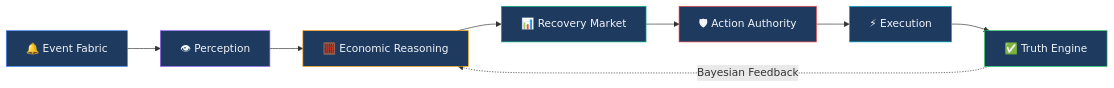
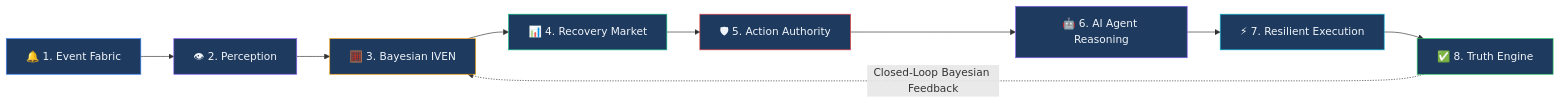
One commit to Mr-Roninx/ULTRON changed the first of 3 diagrams in README.md. Above: the diagram before and after it, drawn with Mermaid. The commit also changed other lines of this file and 2 other files, not shown here.

Commit message:
docs: synchronize Ultron.md and README.md with V11 enterprise architecture, 8-stage pipeline, and 6 breakthroughs

````diff
--- a/README.md
+++ b/README.md
@@ -237,18 +262,20 @@
 ```mermaid
 graph LR
-    A[🔔 Event Fabric] --> B[👁 Perception]
-    B --> C[🧮 Economic Reasoning]
-    C --> D[📊 Recovery Market]
-    D --> E[🛡 Action Authority]
-    E --> F[⚡ Execution]
-    F --> G[✅ Truth Engine]
-    G -.->|Bayesian Feedback| C
+    A[🔔 1. Event Fabric] --> B[👁 2. Perception]
+    B --> C[🧮 3. Bayesian IVEN]
+    C --> D[📊 4. Recovery Market]
+    D --> E[🛡 5. Action Authority]
+    E --> F[🤖 6. AI Agent Reasoning]
+    F --> G[⚡ 7. Resilient Execution]
+    G --> H[✅ 8. Truth Engine]
+    H -.->|Closed-Loop Bayesian Feedback| C
     
     style A fill:#1e3a5f,stroke:#3b82f6,color:#f1f5f9
     style B fill:#1e3a5f,stroke:#8b5cf6,color:#f1f5f9
     style C fill:#1e3a5f,stroke:#f59e0b,color:#f1f5f9
     style D fill:#1e3a5f,stroke:#10b981,color:#f1f5f9
     style E fill:#1e3a5f,stroke:#ef4444,color:#f1f5f9
-    style F fill:#1e3a5f,stroke:#06b6d4,color:#f1f5f9
-    style G fill:#1e3a5f,stroke:#22c55e,color:#f1f5f9
+    style F fill:#1e3a5f,stroke:#8b5cf6,color:#f1f5f9
+    style G fill:#1e3a5f,stroke:#06b6d4,color:#f1f5f9
+    style H fill:#1e3a5f,stroke:#22c55e,color:#f1f5f9
 ```
````
